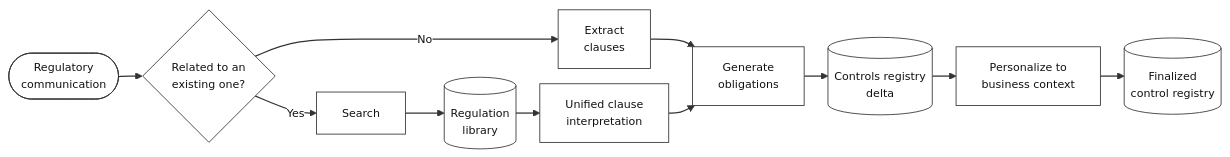
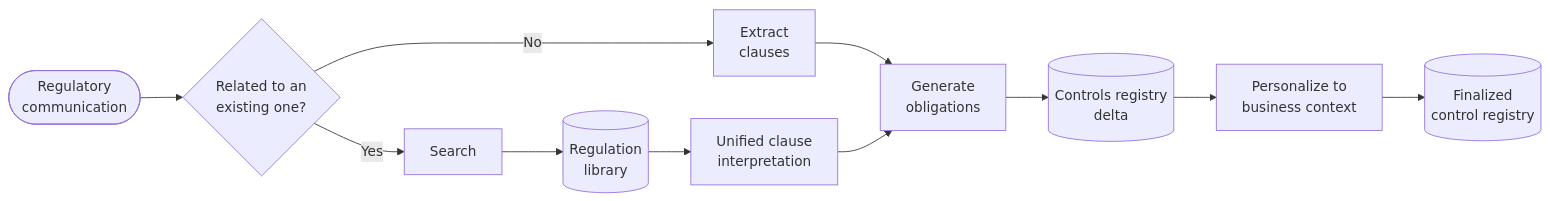
Before and after one commit to OnFinance/Maxwell: the third of 4 diagrams in README.md, drawn with Mermaid. The commit also changed other lines of this file, not shown here.

Commit message:
README: diagram refresh-ctx's approach for organization context; match How it works diagram style

````diff
--- a/README.md
+++ b/README.md
@@ -305,13 +305,9 @@
 ```mermaid
-%%{init: {"theme": "base", "themeVariables": {"fontSize": "13px", "primaryColor": "#ffffff", "primaryBorderColor": "#333333", "primaryTextColor": "#111111", "lineColor": "#333333"}, "flowchart": {"nodeSpacing": 18, "rankSpacing": 28, "curve": "basis"}}}%%
 flowchart LR
   A(["Regulatory<br/>communication"]) --> B{"Related to an<br/>existing one?"}
   B -- No --> C["Extract<br/>clauses"]
   B -- Yes --> D["Search"] --> RL[("Regulation<br/>library")] --> CI["Unified clause<br/>interpretation"]
   C --> E["Generate<br/>obligations"]
   CI --> E
   E --> CTRL[("Controls registry<br/>delta")] --> CTX["Personalize to<br/>business context"] --> F[("Finalized<br/>control registry")]
-  classDef n fill:#ffffff,stroke:#333333,stroke-width:1px,color:#111111
-  class A,B,C,D,RL,CI,E,CTRL,CTX,F n
-  linkStyle default stroke:#333333,stroke-width:1.5px
 ```
````
